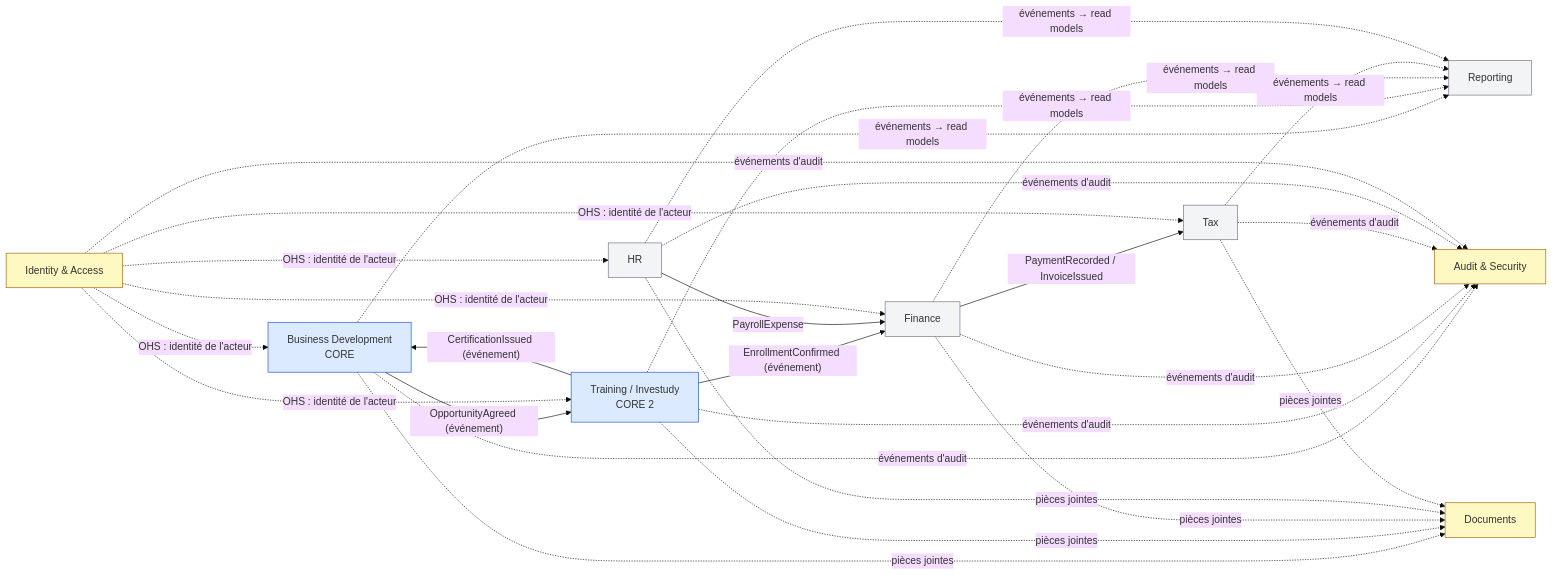
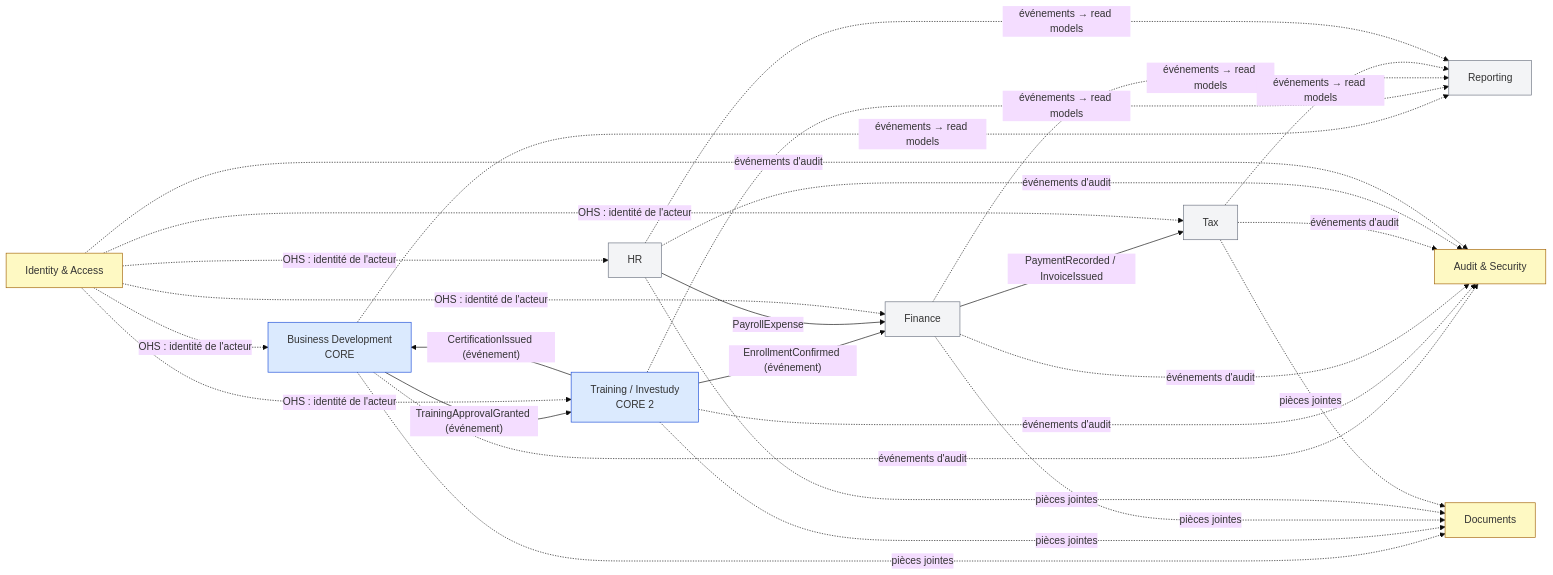
One commit to AshR-works/investally-business-platform changed the second of 2 diagrams in docs/ARCHITECTURE.md. Above: the diagram before and after it, drawn with Mermaid (base theme). The commit also changed other lines of this file and 9 other files, not shown here.

````diff
--- a/docs/ARCHITECTURE.md
+++ b/docs/ARCHITECTURE.md
@@ -136,24 +138,24 @@
 ```mermaid
 flowchart LR
     IAM[Identity & Access]:::g
     AUD[Audit & Security]:::g
     DOC[Documents]:::g
     BD[Business Development<br/>CORE]:::core
     TRN[Training / Investudy<br/>CORE 2]:::core
     FIN[Finance]:::s
     TAX[Tax]:::s
     HR[HR]:::s
     RPT[Reporting]:::s
-    BD -- "OpportunityAgreed (événement)" --> TRN
+    BD -- "TrainingApprovalGranted (événement)" --> TRN
     TRN -- "EnrollmentConfirmed (événement)" --> FIN
     TRN -- "CertificationIssued (événement)" --> BD
     FIN -- "PaymentRecorded / InvoiceIssued" --> TAX
     HR -- "PayrollExpense" --> FIN
     IAM -. "OHS : identité de l'acteur" .-> BD & TRN & FIN & TAX & HR
     BD & TRN & FIN & TAX & HR & IAM -. "événements d'audit" .-> AUD
     BD & TRN & FIN & TAX & HR -. "événements → read models" .-> RPT
     BD & TRN & FIN & HR & TAX -. "pièces jointes" .-> DOC
     classDef core fill:#dbeafe,stroke:#1d4ed8;
     classDef s fill:#f3f4f6,stroke:#6b7280;
     classDef g fill:#fef9c3,stroke:#a16207;
 ```
````
